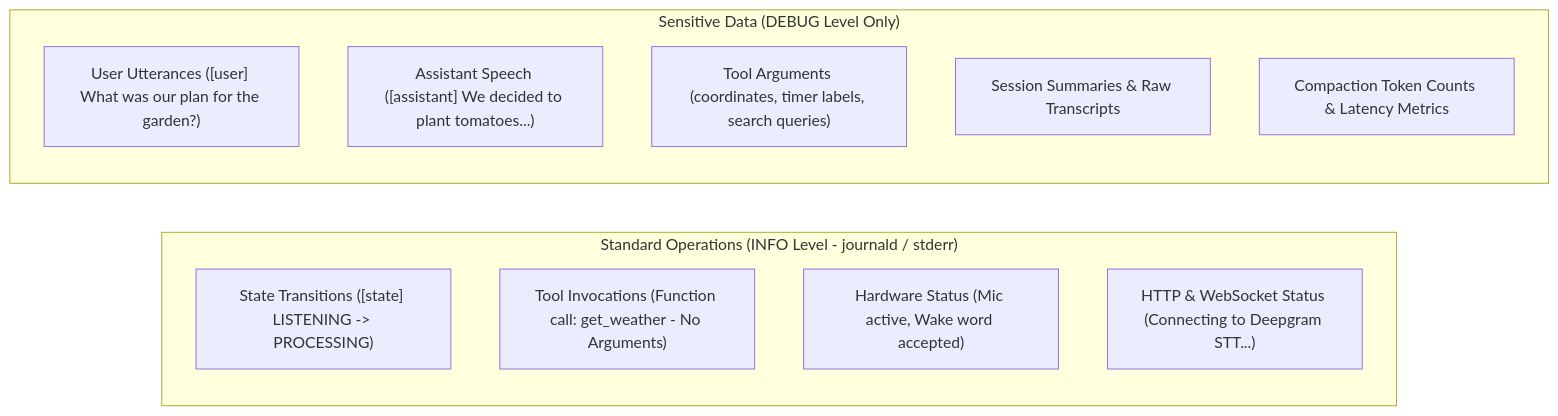
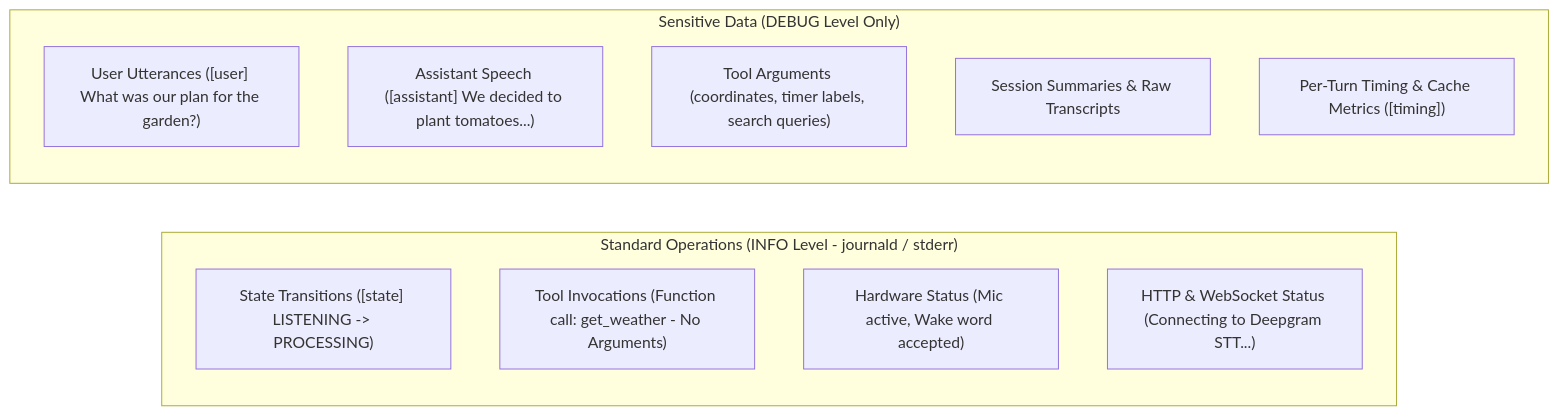
One commit to rculbertson/meeko changed the fifth of 5 diagrams in docs/architecture.md. Above: the diagram before and after it, drawn with Mermaid. The commit also changed other lines of this file and 2 other files, not shown here.

````diff
--- a/docs/architecture.md
+++ b/docs/architecture.md
@@ -539,17 +540,17 @@
 ```mermaid
 flowchart LR
     subgraph INFO_LOGS ["Standard Operations (INFO Level - journald / stderr)"]
         T1["State Transitions ([state] LISTENING -> PROCESSING)"]
         T2["Tool Invocations (Function call: get_weather - No Arguments)"]
         T3["Hardware Status (Mic active, Wake word accepted)"]
         T4["HTTP & WebSocket Status (Connecting to Deepgram STT...)"]
     end
 
     subgraph DEBUG_LOGS ["Sensitive Data (DEBUG Level Only)"]
         D1["User Utterances ([user] What was our plan for the garden?)"]
         D2["Assistant Speech ([assistant] We decided to plant tomatoes...)"]
         D3["Tool Arguments (coordinates, timer labels, search queries)"]
         D4["Session Summaries & Raw Transcripts"]
-        D5["Compaction Token Counts & Latency Metrics"]
+        D5["Per-Turn Timing & Cache Metrics ([timing])"]
     end
 ```
````
